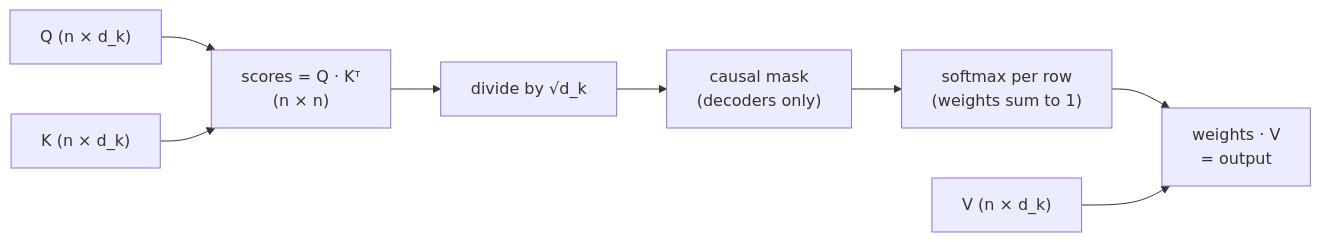
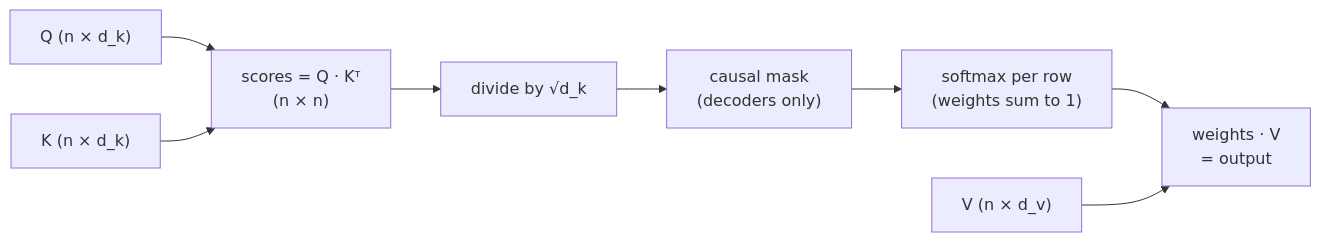
One commit to sztistvan/llm-explained-handouts changed the third of 4 diagrams in docs/03-transformer.md. Above: the diagram before and after it, drawn with Mermaid. The commit also changed other lines of this file and 2 other files, not shown here.

````diff
--- a/docs/03-transformer.md
+++ b/docs/03-transformer.md
@@ -133,10 +144,10 @@
 ```mermaid
 flowchart LR
     Q["Q (n × d_k)"] --> S["scores = Q · Kᵀ<br/>(n × n)"]
     K["K (n × d_k)"] --> S
     S --> SC["divide by √d_k"]
     SC --> M["causal mask<br/>(decoders only)"]
     M --> SM["softmax per row<br/>(weights sum to 1)"]
     SM --> O["weights · V<br/>= output"]
-    V["V (n × d_k)"] --> O
+    V["V (n × d_v)"] --> O
 ```
````
